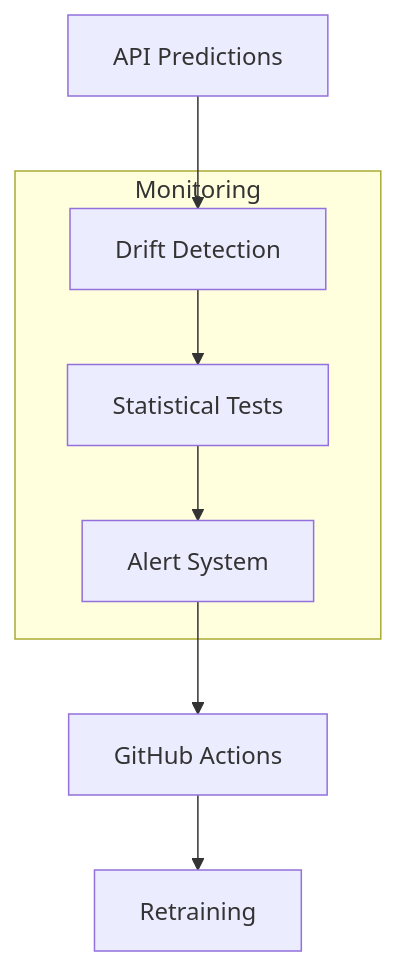
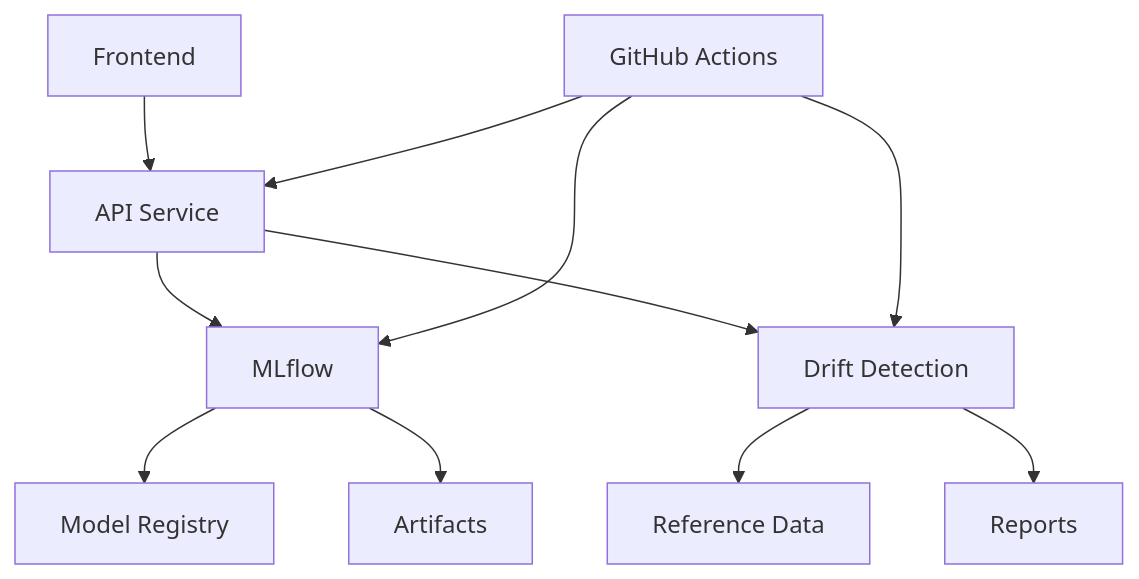
Before and after one commit to richardelchaar/Employee-Attrition-MLOps: the fourth of 7 diagrams in docs/architecture.md, drawn with Mermaid. The commit also changed other lines of this file and 6 other files, not shown here.

````diff
--- a/docs/architecture.md
+++ b/docs/architecture.md
@@ -134,14 +207,13 @@
 ```mermaid
 graph TD
-    A[API Predictions] --> B[Drift Detection]
-    B --> C[Statistical Tests]
-    C --> D[Alert System]
-    D --> E[GitHub Actions]
-    E --> F[Retraining]
-    
-    subgraph "Monitoring"
-    B
-    C
-    D
-    end
+    A[Frontend] --> B[API Service]
+    B --> C[MLflow]
+    B --> D[Drift Detection]
+    D --> E[Reference Data]
+    D --> F[Reports]
+    C --> G[Model Registry]
+    C --> H[Artifacts]
+    I[GitHub Actions] --> B
+    I --> D
+    I --> C
 ```
````
